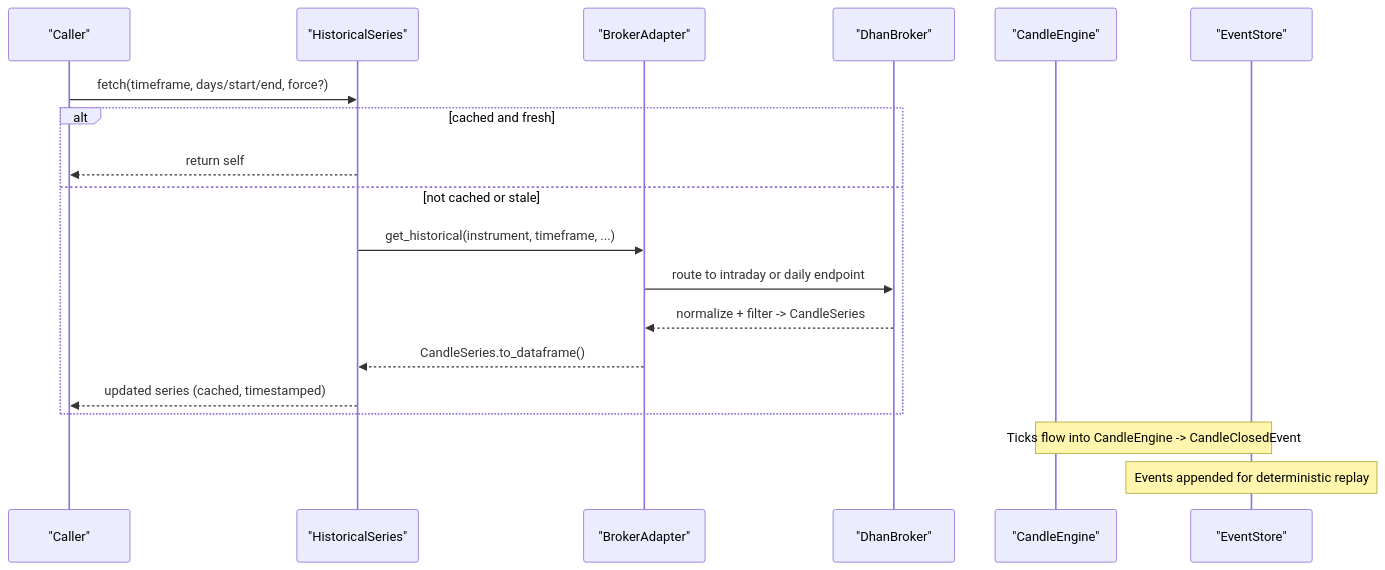
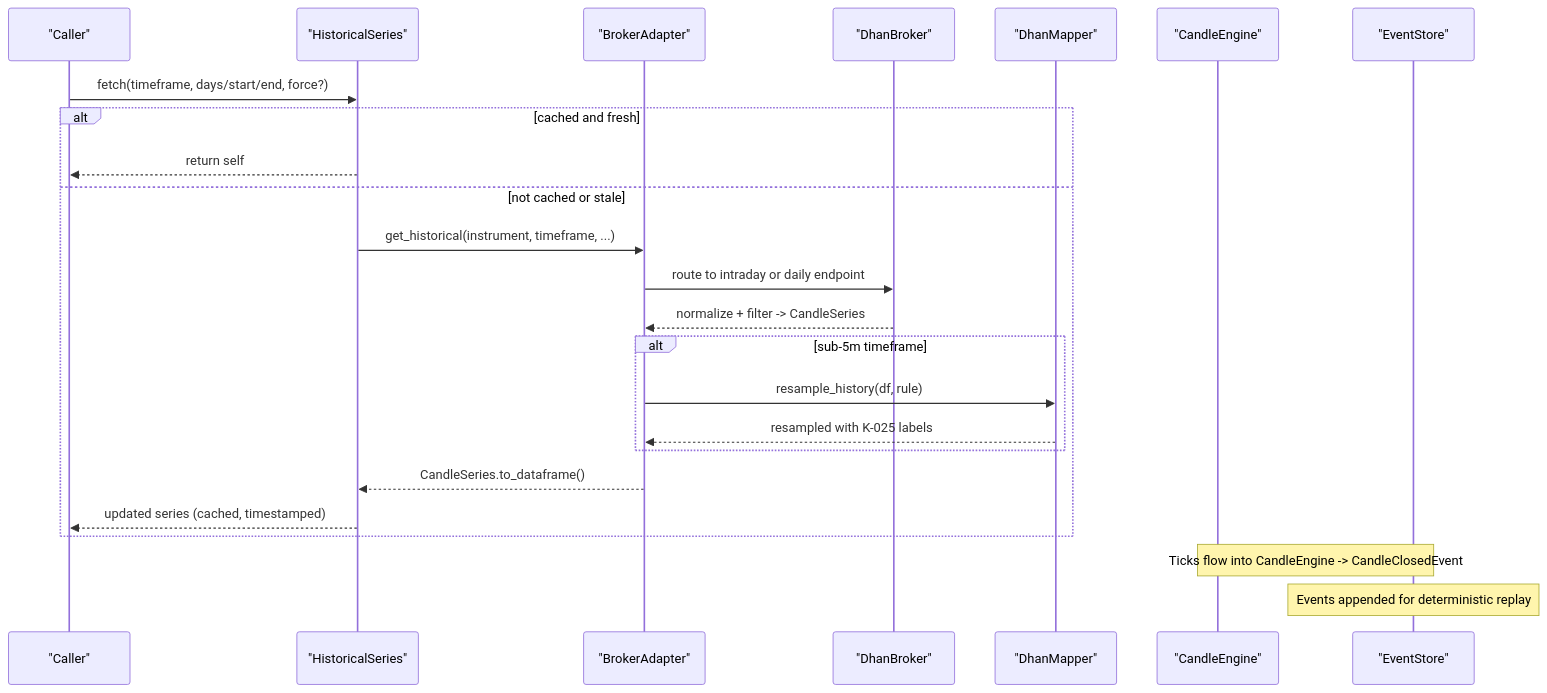
One commit to Ganesh-Kusundal/nTrade changed the second of 11 diagrams in .qoder/repowiki/en/content/Market Data/Historical Data.md. Above: the diagram before and after it, drawn with Mermaid. The commit also changed other lines of this file and 203 other files, not shown here.

````diff
--- a/.qoder/repowiki/en/content/Market Data/Historical Data.md
+++ b/.qoder/repowiki/en/content/Market Data/Historical Data.md
@@ -126,21 +141,26 @@
 ```mermaid
 sequenceDiagram
 participant User as "Caller"
 participant HS as "HistoricalSeries"
 participant BA as "BrokerAdapter"
 participant DB as "DhanBroker"
+participant DM as "DhanMapper"
 participant CE as "CandleEngine"
 participant ES as "EventStore"
 User->>HS : fetch(timeframe, days/start/end, force?)
 alt cached and fresh
 HS-->>User : return self
 else not cached or stale
 HS->>BA : get_historical(instrument, timeframe, ...)
 BA->>DB : route to intraday or daily endpoint
 DB-->>BA : normalize + filter -> CandleSeries
+alt sub-5m timeframe
+BA->>DM : resample_history(df, rule)
+DM-->>BA : resampled with K-025 labels
+end
 BA-->>HS : CandleSeries.to_dataframe()
 HS-->>User : updated series (cached, timestamped)
 end
 Note over CE,ES : Ticks flow into CandleEngine -> CandleClosedEvent
 Note over ES : Events appended for deterministic replay
 ```
````
